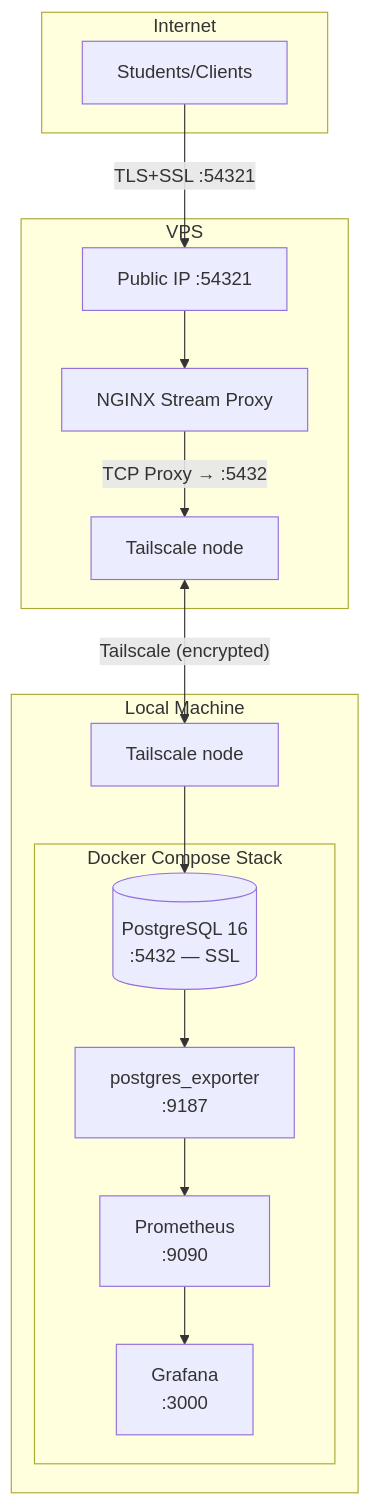
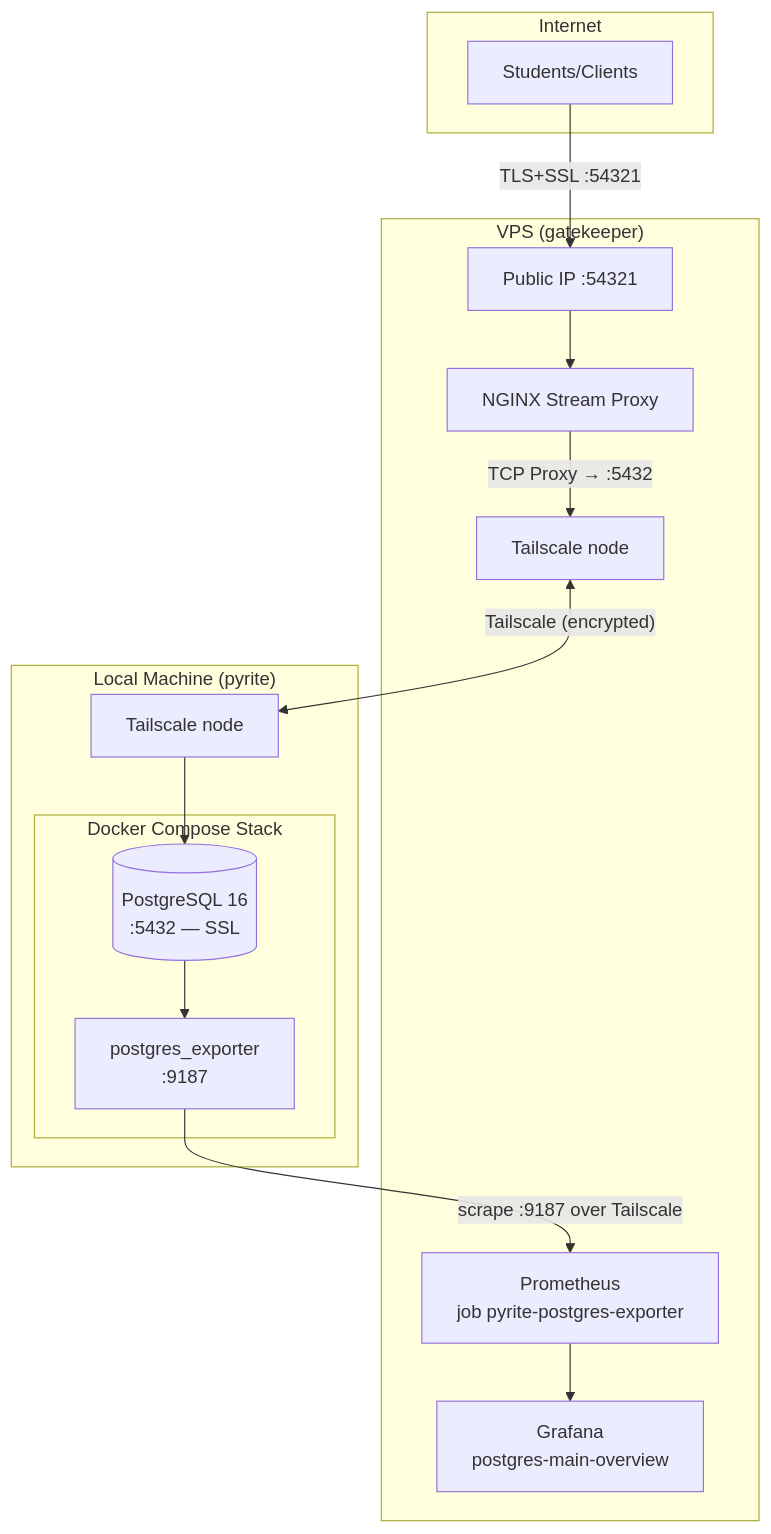
Before and after one commit to gperdrizet/postgreSQL-server: the first of 7 diagrams in docs/architecture.md, drawn with Mermaid. The commit also changed other lines of this file and 12 other files, not shown here.

````diff
--- a/docs/architecture.md
+++ b/docs/architecture.md
@@ -9,32 +9,32 @@
 ```mermaid
 flowchart TB
     subgraph Internet
         Students[Students/Clients]
     end
     
-    subgraph VPS["VPS"]
+    subgraph VPS["VPS (gatekeeper)"]
         PublicIP[Public IP :54321]
         NGINX[NGINX Stream Proxy]
         TS_VPS[Tailscale node]
+        PROM[Prometheus<br/>job pyrite-postgres-exporter]
+        GRAF[Grafana<br/>postgres-main-overview]
     end
     
-    subgraph Home["Local Machine"]
+    subgraph Home["Local Machine (pyrite)"]
         TS_Local[Tailscale node]
         subgraph Docker[Docker Compose Stack]
             PG[(PostgreSQL 16<br/>:5432 — SSL)]
-            Prometheus[Prometheus<br/>:9090]
-            Grafana[Grafana<br/>:3000]
             Exporter[postgres_exporter<br/>:9187]
         end
     end
     
     Students -->|"TLS+SSL :54321"| PublicIP
     PublicIP --> NGINX
     NGINX -->|"TCP Proxy → <local-tailscale-ip>:5432"| TS_VPS
     TS_VPS <-->|"Tailscale (encrypted)"| TS_Local
     TS_Local --> PG
     
     PG --> Exporter
-    Exporter --> Prometheus
-    Prometheus --> Grafana
+    Exporter -->|"scrape :9187 over Tailscale"| PROM
+    PROM --> GRAF
 ```
````
